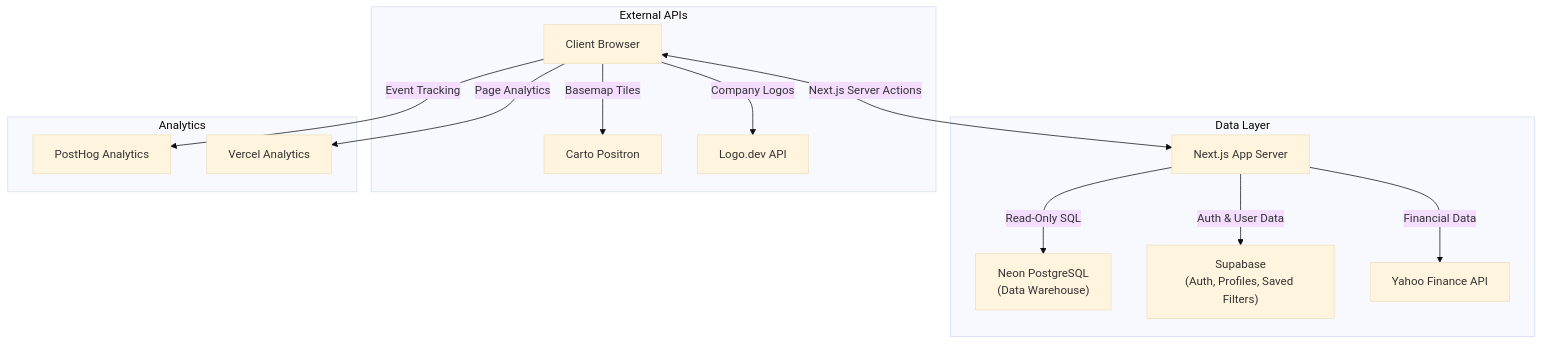
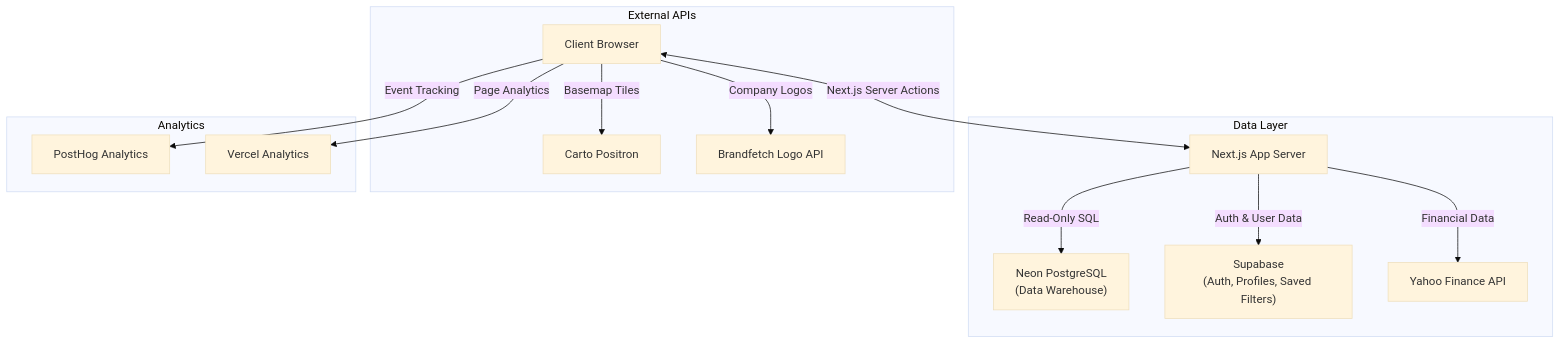
The diagram in README.md (Bamboo-Reports/bamboo-reports-main), drawn with Mermaid (base theme) before and after one commit. The commit also changed other lines of this file and 16 other files, not shown here.

````diff
--- a/README.md
+++ b/README.md
@@ -113,20 +107,20 @@
 ```mermaid
 graph TD
     Client[Client Browser] <-->|Next.js Server Actions| AppServer[Next.js App Server]
 
     subgraph Data Layer
         AppServer -->|Read-Only SQL| Neon["Neon PostgreSQL<br/>(Data Warehouse)"]
         AppServer -->|Auth & User Data| Supabase["Supabase<br/>(Auth, Profiles, Saved Filters)"]
         AppServer -->|Financial Data| YahooFinance["Yahoo Finance API"]
     end
 
     subgraph External APIs
         Client -->|Basemap Tiles| Carto[Carto Positron]
-        Client -->|Company Logos| LogoDev[Logo.dev API]
+        Client -->|Company Logos| Brandfetch[Brandfetch Logo API]
     end
 
     subgraph Analytics
         Client -->|Event Tracking| PostHog[PostHog Analytics]
         Client -->|Page Analytics| Vercel[Vercel Analytics]
     end
 ```
````
